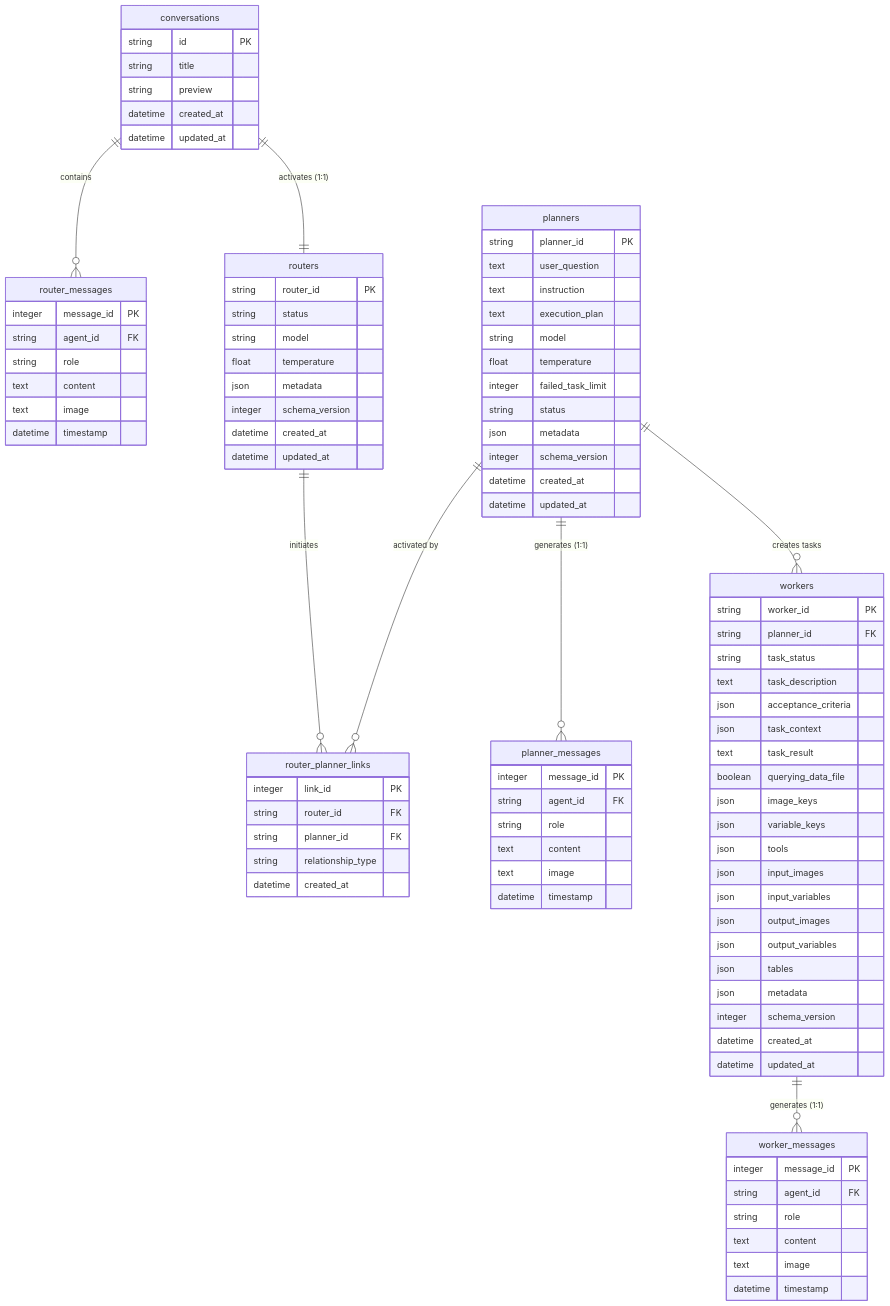
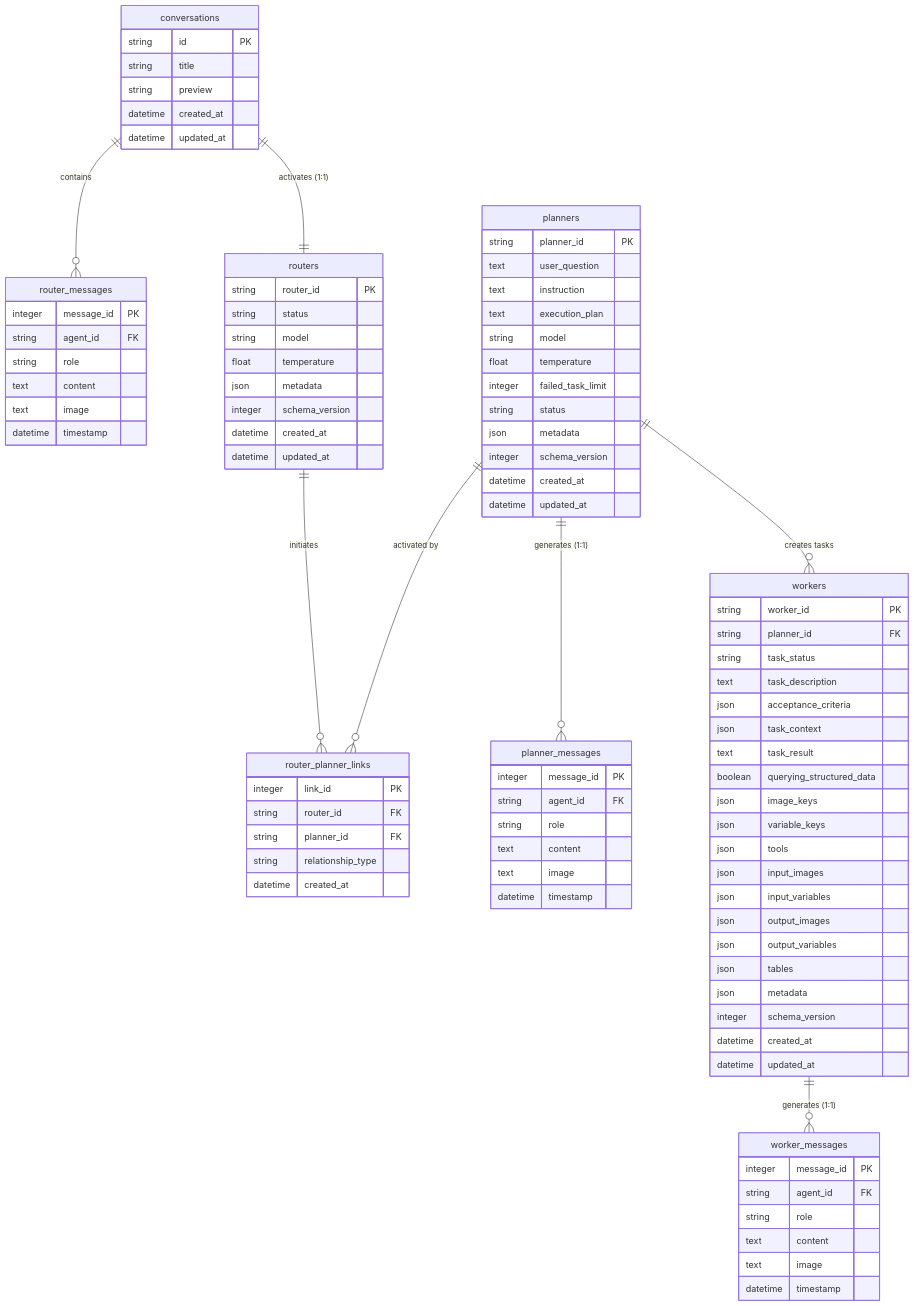
The first of 3 diagrams in backend/docs/database/erd.md (bryan-zxc/agent), drawn with Mermaid before and after one commit. The commit also changed 62 other files, not shown here.

```diff
--- a/backend/docs/database/erd.md
+++ b/backend/docs/database/erd.md
@@ -54,7 +54,7 @@
         json acceptance_criteria
         json task_context
         text task_result
-        boolean querying_data_file
+        boolean querying_structured_data
         json image_keys
         json variable_keys
         json tools
```
